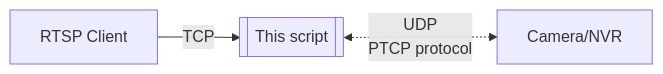
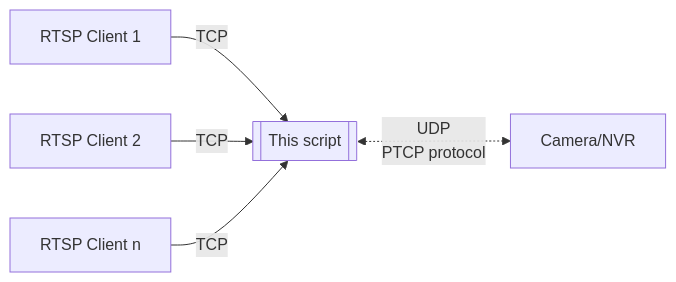
Before and after one commit to khoanguyen-3fc/dh-p2p: the second of 3 diagrams in README.md, drawn with Mermaid.

Commit message:
:pencil: README: update diagram for multi-clients
Clarify that multiple RTSP clients can share the same PTCP connection to the device.

````diff
--- a/README.md
+++ b/README.md
@@ -79,8 +79,12 @@
 ```mermaid
 graph LR
   Device[Camera/NVR]
   App[[This script]]
-  Client[RTSP Client]
-  Client -- TCP --> App
+  Client1[RTSP Client 1]
+  Client2[RTSP Client 2]
+  Clientn[RTSP Client n]
+  Client1 -- TCP --> App
+  Client2 -- TCP --> App
+  Clientn -- TCP --> App
   App <-. UDP\nPTCP protocol .-> Device
 ```
````
